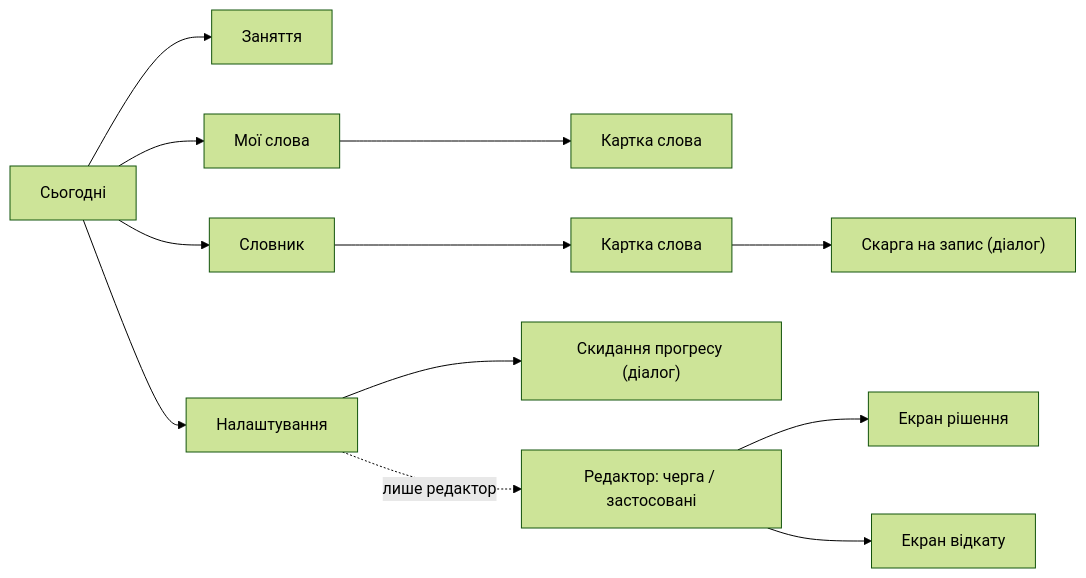
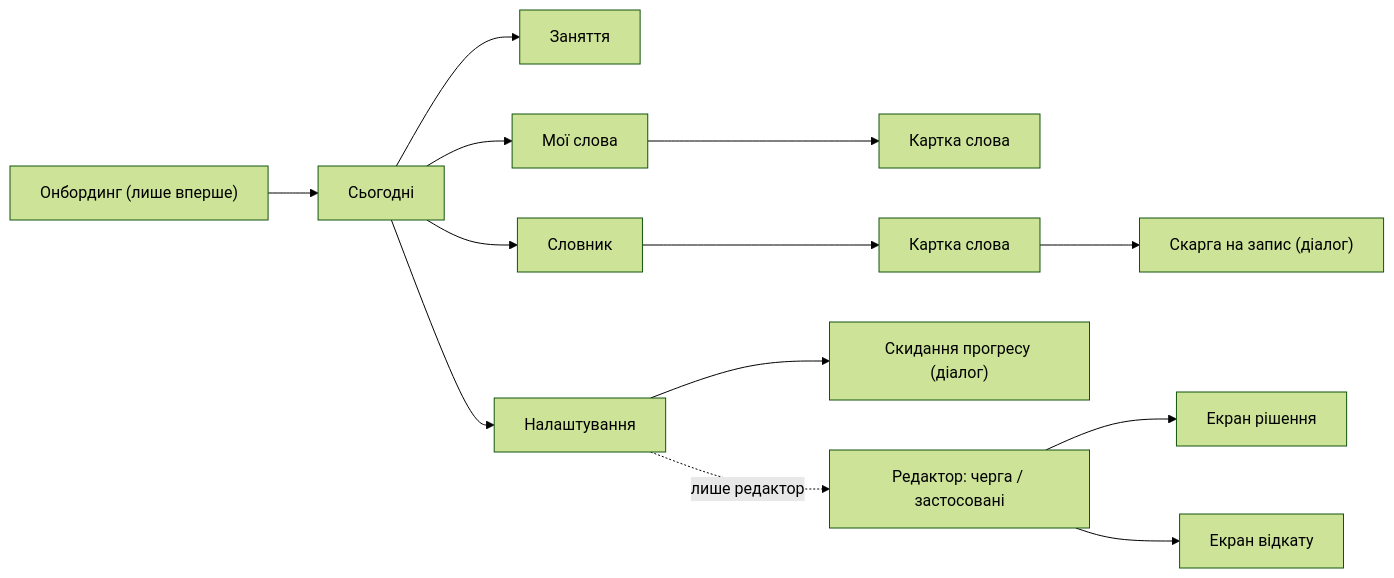
Before and after one commit to HeliosPersonal/constant-learning: the first of 3 diagrams in docs/features/ios-ui-redesign/design-spec.md, drawn with Mermaid (forest theme). The commit also changed other lines of this file and 1 other file, not shown here.

Commit message:
docs: додати онбординг до ios-ui-redesign (US-07, AC-15, AC-16, дизайн-специфікація)

````diff
--- a/docs/features/ios-ui-redesign/design-spec.md
+++ b/docs/features/ios-ui-redesign/design-spec.md
@@ -49,14 +50,15 @@
 ```mermaid
 flowchart LR
-    Today["Сьогодні"] --> Session["Заняття"]
+    Onboarding["Онбординг (лише вперше)"] --> Today["Сьогодні"]
+    Today --> Session["Заняття"]
     Today --> Stats["Мої слова"]
     Today --> Dict["Словник"]
     Today --> Settings["Налаштування"]
     Stats --> Word["Картка слова"]
     Dict --> Entry["Картка слова"]
     Entry --> Report["Скарга на запис (діалог)"]
     Settings --> Reset["Скидання прогресу (діалог)"]
     Settings -. "лише редактор" .-> Queue["Редактор: черга / застосовані"]
     Queue --> Decision["Екран рішення"]
     Queue --> Rollback["Екран відкату"]
 ```
````
